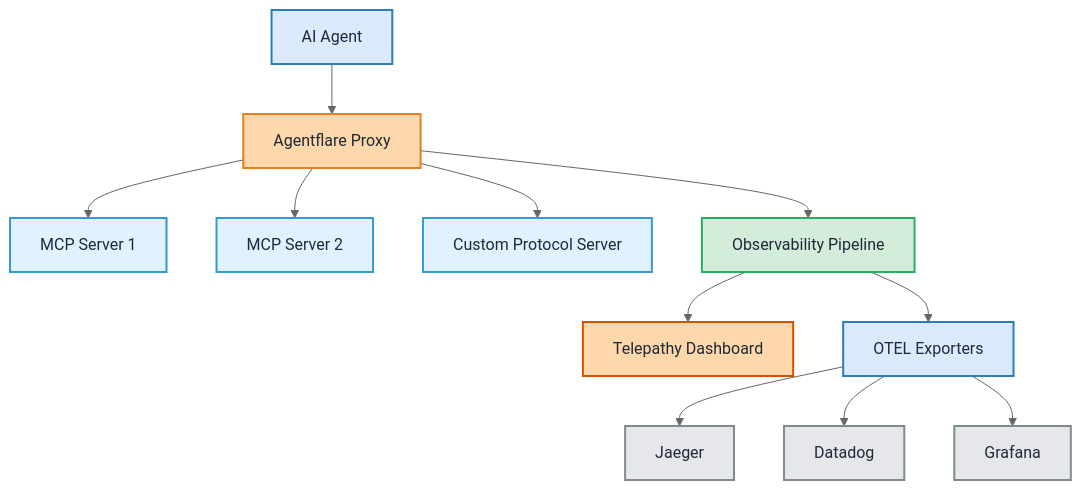
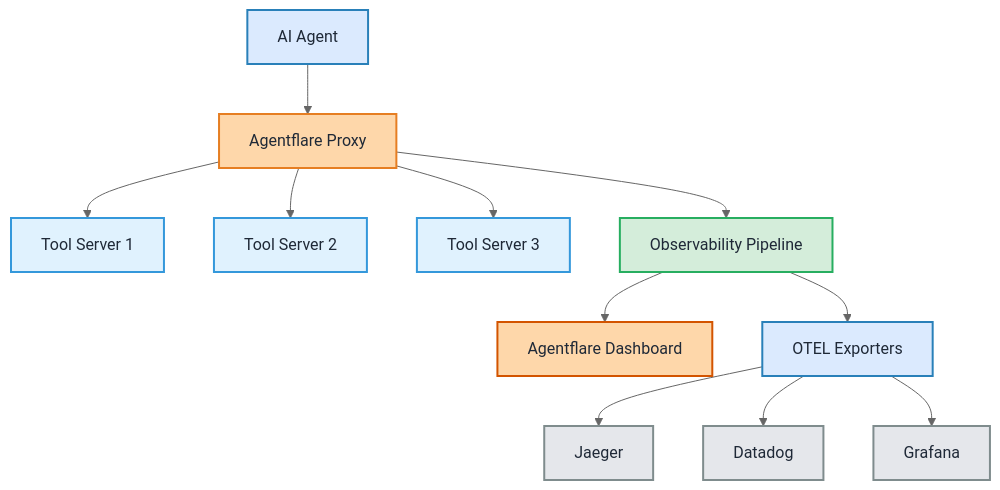
The first of 2 diagrams in content/introduction.mdx (agentflare-ai/docs), drawn with Mermaid (neutral theme) before and after one commit. The commit also changed other lines of this file and 13 other files, not shown here.

First line of the commit message:
Rebrand Telepathy to Agentflare and update docs

````diff
--- a/content/introduction.mdx
+++ b/content/introduction.mdx
@@ -11,27 +11,27 @@
 ```mermaid
 graph TB
     A[AI Agent] --> B[Agentflare Proxy]
-    B --> C[MCP Server 1]
-    B --> D[MCP Server 2]
-    B --> E[Custom Protocol Server]
-    
+    B --> C[Tool Server 1]
+    B --> D[Tool Server 2]
+    B --> E[Tool Server 3]
+
     B --> F[Observability Pipeline]
-    F --> G[Telepathy Dashboard]
+    F --> G[Agentflare Dashboard]
     F --> H[OTEL Exporters]
-    
+
     H --> I[Jaeger]
     H --> J[Datadog]
     H --> K[Grafana]
-    
+
     style A fill:#DBEAFE,stroke:#2980b9,stroke-width:2px,color:#1F2937
     style B fill:#FED7AA,stroke:#e67e22,stroke-width:2px,color:#1F2937
     style C fill:#E0F2FE,stroke:#3498db,stroke-width:2px,color:#1F2937
     style D fill:#E0F2FE,stroke:#3498db,stroke-width:2px,color:#1F2937
     style E fill:#E0F2FE,stroke:#3498db,stroke-width:2px,color:#1F2937
     style F fill:#D4EDDA,stroke:#27ae60,stroke-width:2px,color:#1F2937
     style G fill:#FED7AA,stroke:#d35400,stroke-width:2px,color:#1F2937
     style H fill:#DBEAFE,stroke:#2980b9,stroke-width:2px,color:#1F2937
     style I fill:#E5E7EB,stroke:#7f8c8d,stroke-width:2px,color:#1F2937
     style J fill:#E5E7EB,stroke:#7f8c8d,stroke-width:2px,color:#1F2937
     style K fill:#E5E7EB,stroke:#7f8c8d,stroke-width:2px,color:#1F2937
 ```
````
